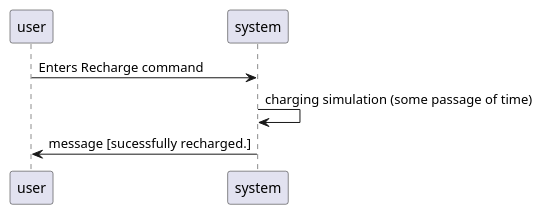
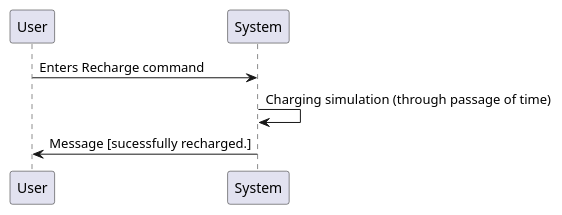
The diagram in docs/design/sequence_diagrams/recharge.puml (arisk02/robot-fleet-management-system), drawn with PlantUML before and after one commit. The commit also changed 2 other files, not shown here.

Commit message:
Made a sequence diagram for fix method(collect)

```diff
--- a/docs/design/sequence_diagrams/recharge.puml
+++ b/docs/design/sequence_diagrams/recharge.puml
@@ -1,7 +1,7 @@
 @startuml
 
-user -> system: Enters Recharge command
-system-> system: charging simulation (some passage of time)
-system -> user: message [sucessfully recharged.]
+User -> System: Enters Recharge command
+System-> System: Charging simulation (through passage of time)
+System -> User: Message [sucessfully recharged.]
 
 @enduml
```
